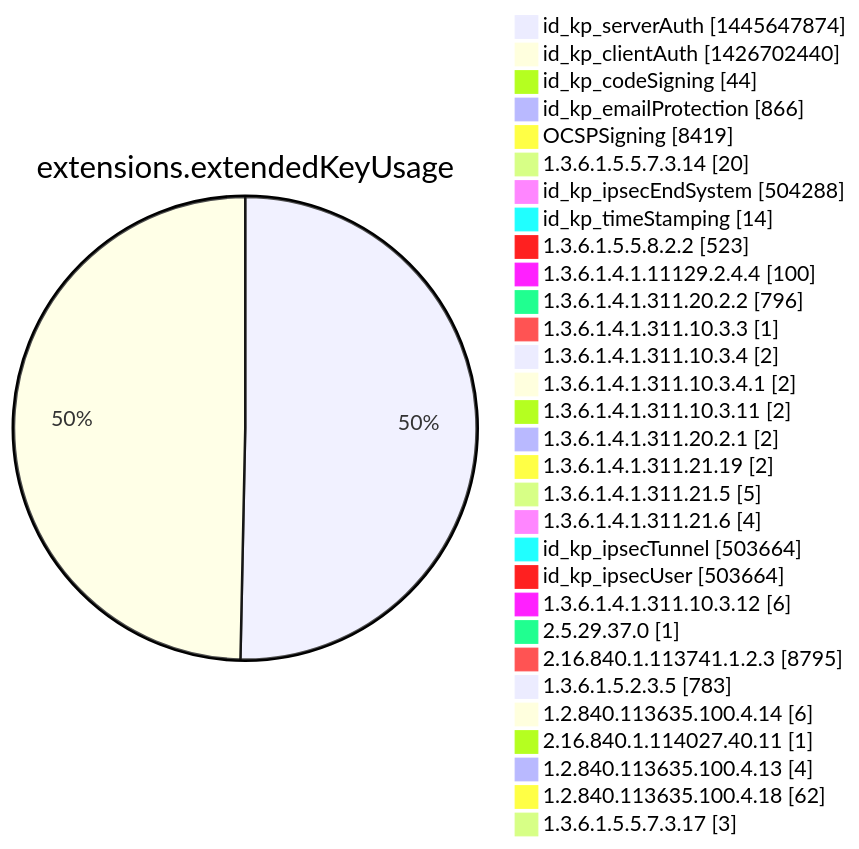
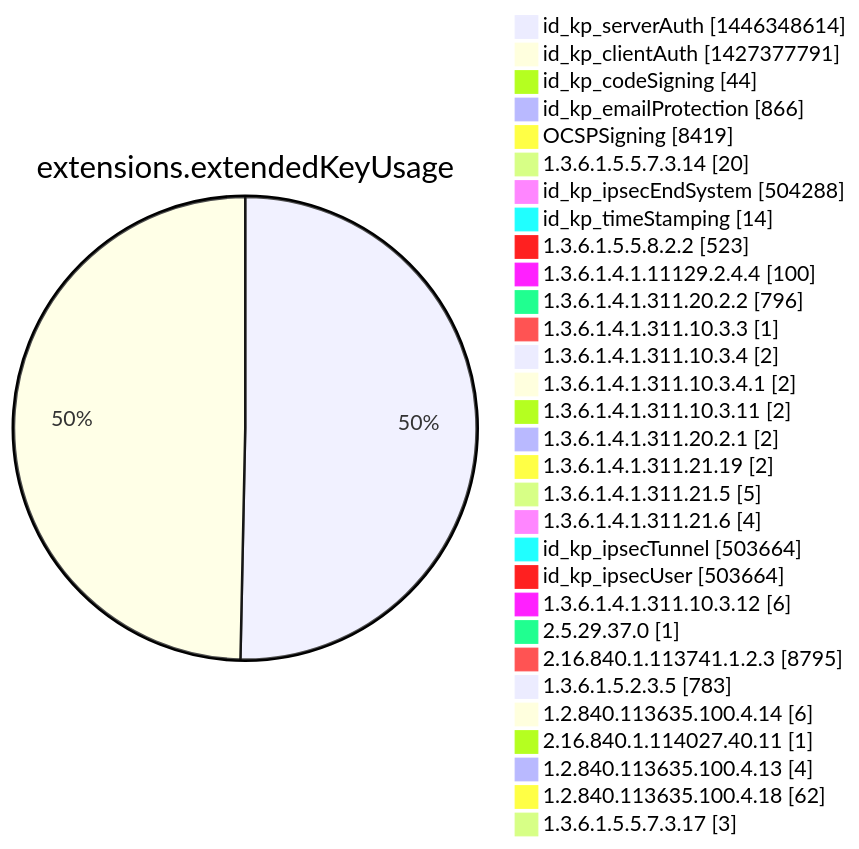
One commit to christiankrug/ctmonitor_visualization changed diagram 12 of 15 in argon2022/README.md. Above: the diagram before and after it, drawn with Mermaid. The commit also changed other lines of this file, not shown here.

````diff
--- a/argon2022/README.md
+++ b/argon2022/README.md
@@ -3555,34 +3555,34 @@
 ```mermaid
 pie showData
 title extensions.extendedKeyUsage
-"id_kp_serverAuth" :1445647874
-"id_kp_clientAuth" :1426702440
+"id_kp_serverAuth" :1446348614
+"id_kp_clientAuth" :1427377791
 "id_kp_codeSigning" :44
 "id_kp_emailProtection" :866
 "OCSPSigning" :8419
 "1.3.6.1.5.5.7.3.14" :20
 "id_kp_ipsecEndSystem" :504288
 "id_kp_timeStamping" :14
 "1.3.6.1.5.5.8.2.2" :523
 "1.3.6.1.4.1.11129.2.4.4" :100
 "1.3.6.1.4.1.311.20.2.2" :796
 "1.3.6.1.4.1.311.10.3.3" :1
 "1.3.6.1.4.1.311.10.3.4" :2
 "1.3.6.1.4.1.311.10.3.4.1" :2
 "1.3.6.1.4.1.311.10.3.11" :2
 "1.3.6.1.4.1.311.20.2.1" :2
 "1.3.6.1.4.1.311.21.19" :2
 "1.3.6.1.4.1.311.21.5" :5
 "1.3.6.1.4.1.311.21.6" :4
 "id_kp_ipsecTunnel" :503664
 "id_kp_ipsecUser" :503664
 "1.3.6.1.4.1.311.10.3.12" :6
 "2.5.29.37.0" :1
 "2.16.840.1.113741.1.2.3" :8795
 "1.3.6.1.5.2.3.5" :783
 "1.2.840.113635.100.4.14" :6
 "2.16.840.1.114027.40.11" :1
 "1.2.840.113635.100.4.13" :4
 "1.2.840.113635.100.4.18" :62
 "1.3.6.1.5.5.7.3.17" :3
 ```
````
